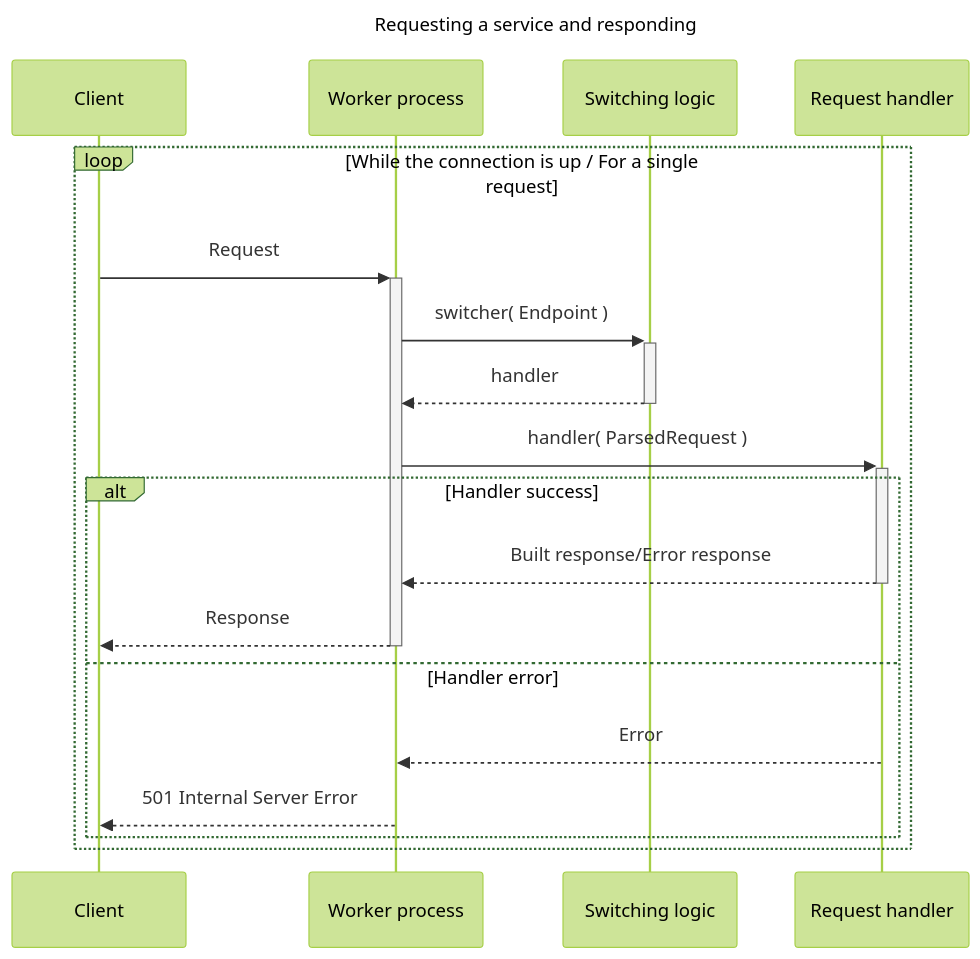
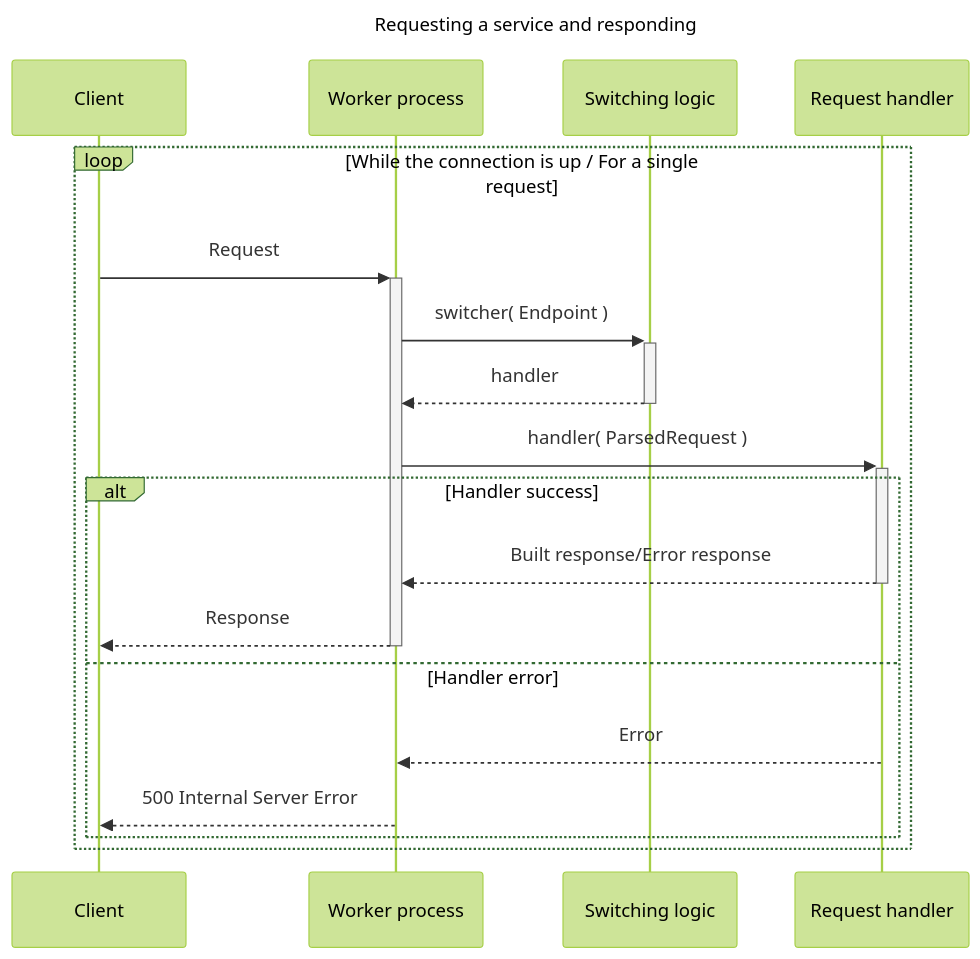
The sixth of 14 diagrams in README.md (GabrieleDonato799/DoS), drawn with Mermaid (forest theme) before and after one commit. The commit also changed other lines of this file and 12 other files, not shown here.

````diff
--- a/README.md
+++ b/README.md
@@ -270,25 +277,25 @@
 ```mermaid
 ---
 title: Requesting a service and responding
 ---
 sequenceDiagram
 	participant C as Client
 	participant W as Worker process
 	participant S as Switching logic
 	participant H as Request handler
 	
 	loop While the connection is up / For a single request
 		C->>+W: Request
 		W->>+S: switcher( Endpoint )
 		S-->>-W: handler
 		W->>+H: handler( ParsedRequest )
 		alt Handler success
 			H-->>-W: Built response/Error response
 			W-->>-C: Response
 		else Handler error
 			H-->>W: Error
-			W-->>C: 501 Internal Server Error
+			W-->>C: 500 Internal Server Error
 		end
 		
 	end
 ```
````
